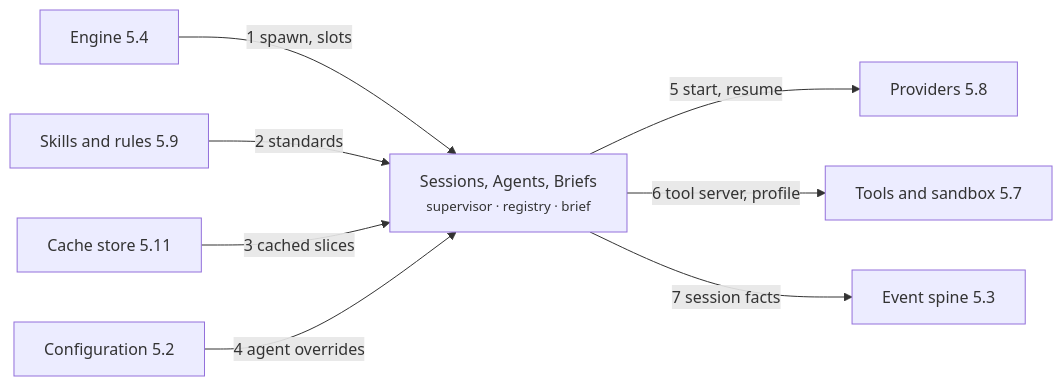
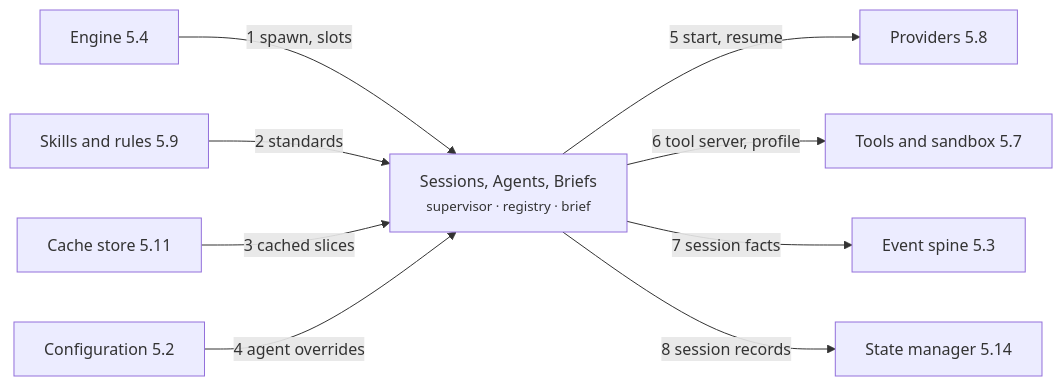
One commit to rdevitto86/komodo-agentic-harness-coding changed diagram 15 of 45 in docs/hld.md. Above: the diagram before and after it, drawn with Mermaid. The commit also changed other lines of this file, not shown here.

````diff
--- a/docs/hld.md
+++ b/docs/hld.md
@@ -821,18 +820,20 @@
 ```mermaid
 flowchart LR
   EN["Engine 5.4"]
   SK["Skills and rules 5.9"]
   CA["Cache store 5.11"]
   CF["Configuration 5.2"]
+  SM["State manager 5.14"]
   SE["Sessions, Agents, Briefs<br><small>supervisor · registry · brief</small>"]:::core
   PR["Providers 5.8"]
   TS["Tools and sandbox 5.7"]
   SP["Event spine 5.3"]
   EN -->|"1 spawn, slots"| SE
   SK -->|"2 standards"| SE
   CA -->|"3 cached slices"| SE
   CF -->|"4 agent overrides"| SE
   SE -->|"5 start, resume"| PR
   SE -->|"6 tool server, profile"| TS
   SE -->|"7 session facts"| SP
+  SE -->|"8 session records"| SM
 ```
````
